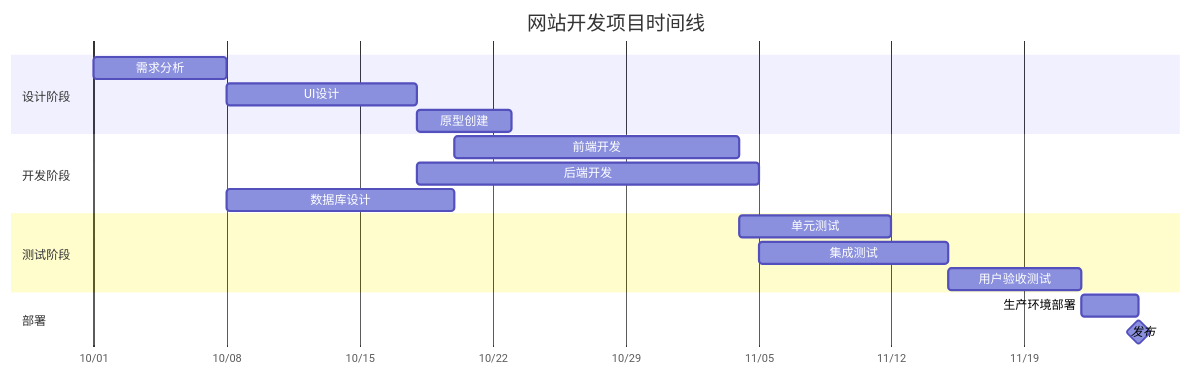
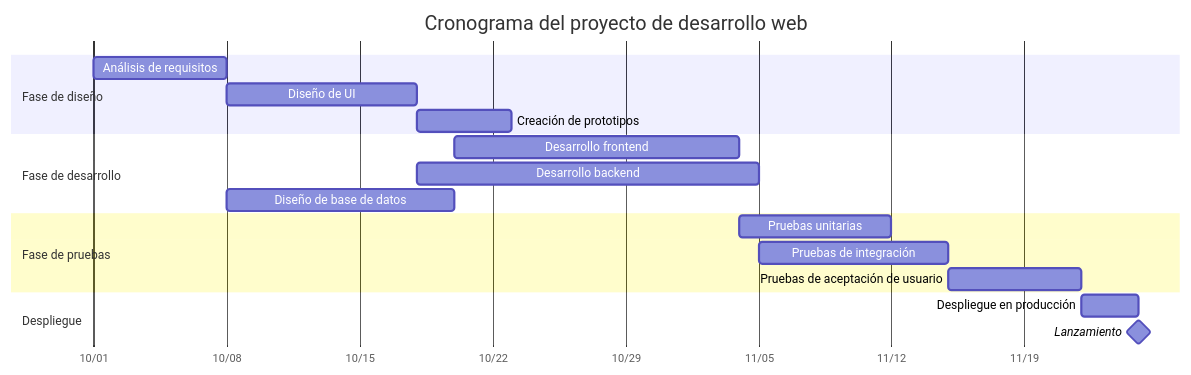
Before and after one commit to nefDevelop/astro-blogobs: the third of 6 diagrams in src/content/posts/markdown-mermaid.md, drawn with Mermaid. The commit also changed other lines of this file and 14 other files, not shown here.

````diff
--- a/src/content/posts/markdown-mermaid.md
+++ b/src/content/posts/markdown-mermaid.md
@@ -75,25 +72,25 @@
 ```mermaid
 gantt
-    title 网站开发项目时间线
+    title Cronograma del proyecto de desarrollo web
     dateFormat  YYYY-MM-DD
     axisFormat  %m/%d
     
-    section 设计阶段
-    需求分析      :a1, 2023-10-01, 7d
-    UI设计                 :a2, after a1, 10d
-    原型创建        :a3, after a2, 5d
+    section Fase de diseño
+    Análisis de requisitos      :a1, 2023-10-01, 7d
+    Diseño de UI                 :a2, after a1, 10d
+    Creación de prototipos        :a3, after a2, 5d
     
-    section 开发阶段
-    前端开发      :b1, 2023-10-20, 15d
-    后端开发       :b2, after a2, 18d
-    数据库设计           :b3, after a1, 12d
+    section Fase de desarrollo
+    Desarrollo frontend      :b1, 2023-10-20, 15d
+    Desarrollo backend       :b2, after a2, 18d
+    Diseño de base de datos           :b3, after a1, 12d
     
-    section 测试阶段
-    单元测试              :c1, after b1, 8d
-    集成测试       :c2, after b2, 10d
-    用户验收测试   :c3, after c2, 7d
+    section Fase de pruebas
+    Pruebas unitarias              :c1, after b1, 8d
+    Pruebas de integración       :c2, after b2, 10d
+    Pruebas de aceptación de usuario   :c3, after c2, 7d
     
-    section 部署
-    生产环境部署     :d1, after c3, 3d
-    发布                    :milestone, after d1, 0d
+    section Despliegue
+    Despliegue en producción     :d1, after c3, 3d
+    Lanzamiento                    :milestone, after d1, 0d
 ```
````
